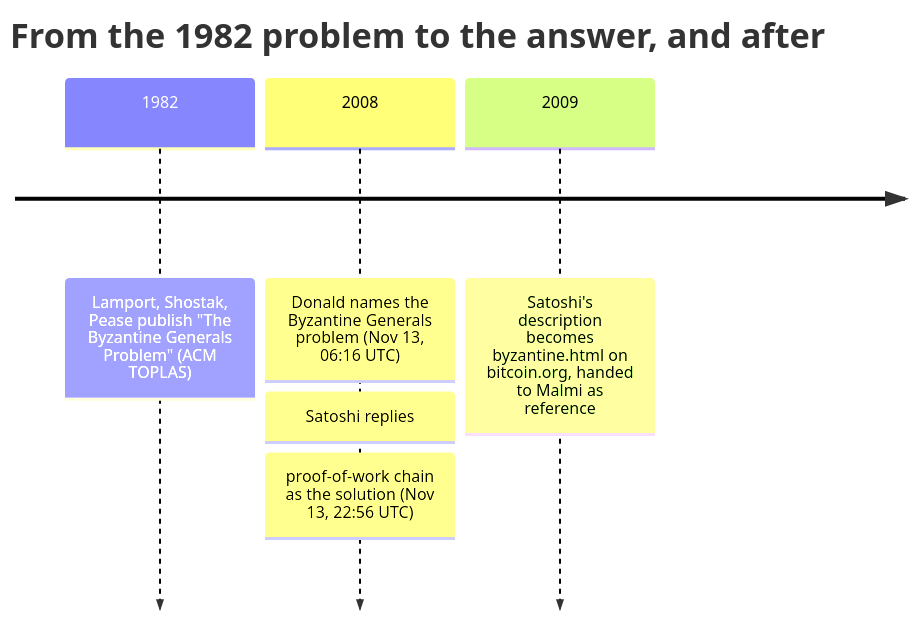
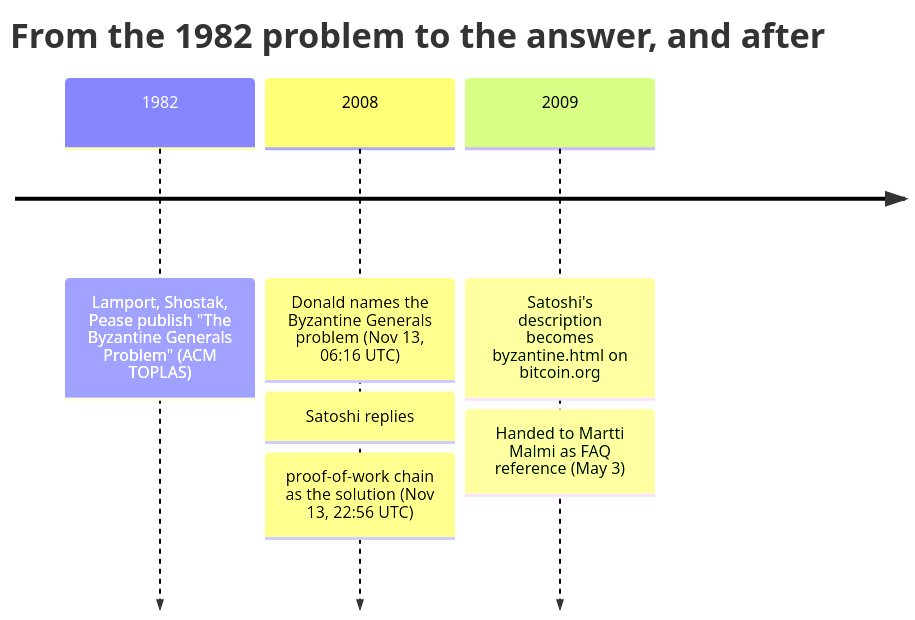
Before and after one commit to cypher256/BitcoinArchive: the diagram in src/data/entries/en/analysis/2008-11-13-byzantine-generals-problem.md, drawn with Mermaid. The commit also changed other lines of this file and 66 other files, not shown here.

````diff
--- a/src/data/entries/en/analysis/2008-11-13-byzantine-generals-problem.md
+++ b/src/data/entries/en/analysis/2008-11-13-byzantine-generals-problem.md
@@ -75,11 +75,13 @@
 ```mermaid
 timeline
     title From the 1982 problem to the answer, and after
     1982 : Lamport, Shostak, Pease publish "The Byzantine Generals Problem" (ACM TOPLAS)
     2008 : Donald names the Byzantine Generals problem (Nov 13, 06:16 UTC)
     %% link: /BitcoinArchive/entries/emails/cryptography/bitcoin-p2p-e-cash-paper/2008-11-13-james-donald-byzantine-generals-problem/
          : Satoshi replies: proof-of-work chain as the solution (Nov 13, 22:56 UTC)
     %% link: /BitcoinArchive/entries/emails/cryptography/bitcoin-p2p-e-cash-paper/2008-11-13-re-bitcoin-p2p-e-cash-paper-satoshi-2/
-    2009 : Satoshi's description becomes byzantine.html on bitcoin.org, handed to Malmi as reference
+    2009 : Satoshi's description becomes byzantine.html on bitcoin.org
+    %% link: /BitcoinArchive/entries/web-document/satoshi/2009-03-09-byzantine-generals-problem/
+         : Handed to Martti Malmi as FAQ reference (May 3)
     %% link: /BitcoinArchive/entries/correspondence/martti-malmi/2009-05-03-bitcoin-003/
 ```
````
